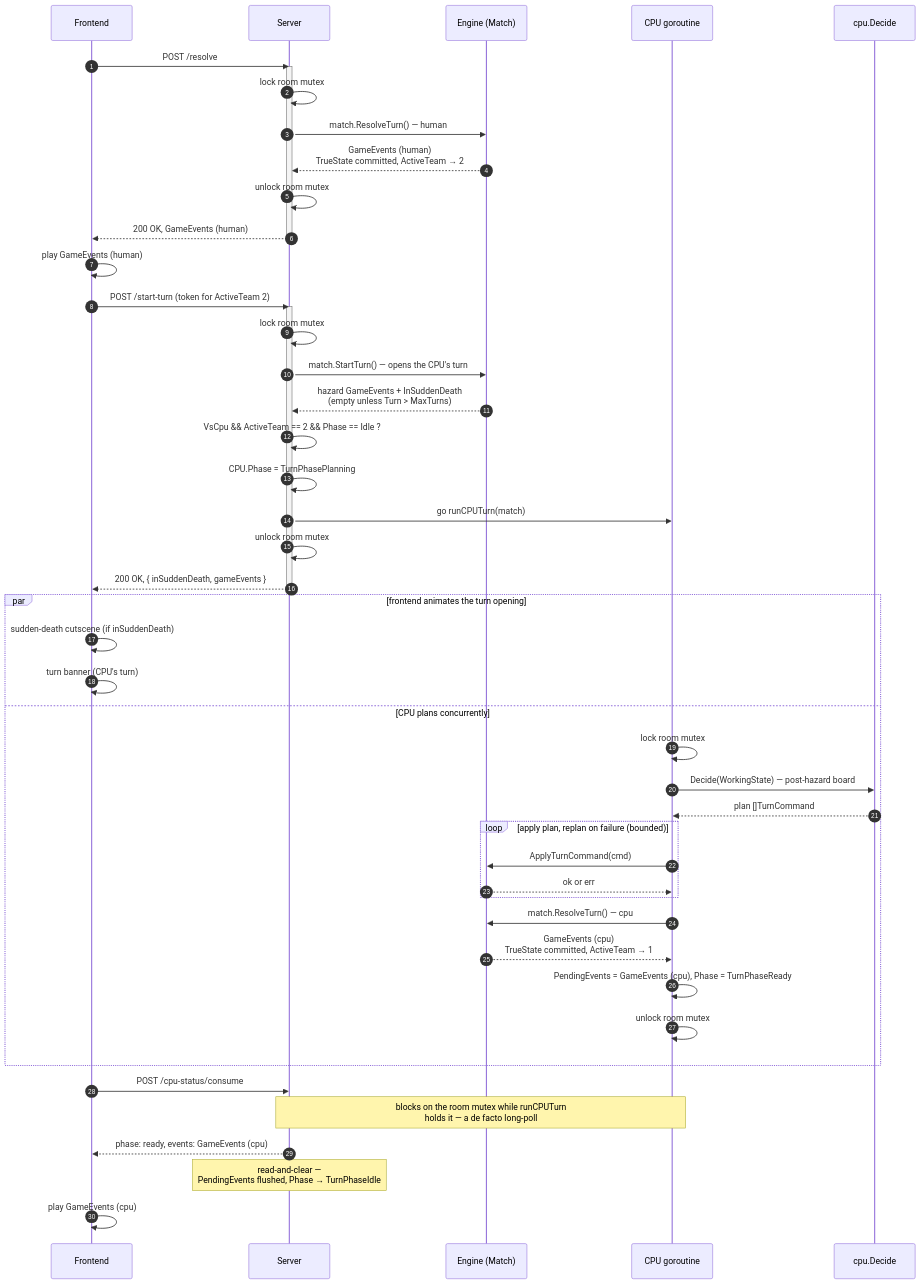
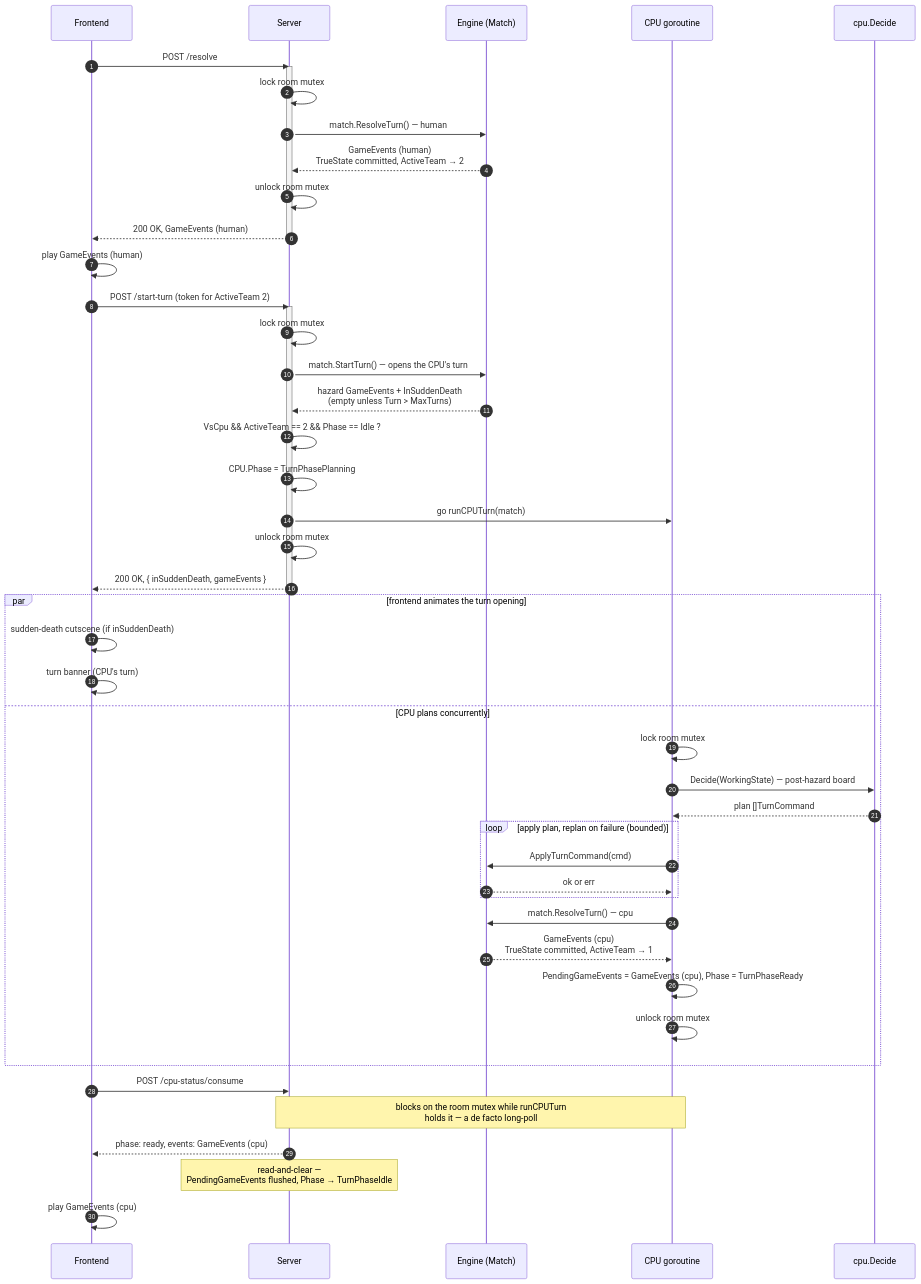
One commit to oscarhkli/bomb-srpg changed the first of 2 diagrams in docs/diagrams/vs-cpu-turn-sequence.md. Above: the diagram before and after it, drawn with Mermaid. The commit also changed other lines of this file and 6 other files, not shown here.

````diff
--- a/docs/diagrams/vs-cpu-turn-sequence.md
+++ b/docs/diagrams/vs-cpu-turn-sequence.md
@@ -5,54 +5,54 @@
 ```mermaid
 sequenceDiagram
     autonumber
     participant FE as Frontend
     participant SV as Server
     participant EN as Engine (Match)
     participant GO as CPU goroutine
     participant CP as cpu.Decide
 
     FE->>SV: POST /resolve
     activate SV
     SV->>SV: lock room mutex
     SV->>EN: match.ResolveTurn()  — human
     EN-->>SV: GameEvents (human)<br/>TrueState committed, ActiveTeam → 2
     SV->>SV: unlock room mutex
     SV-->>FE: 200 OK, GameEvents (human)
     deactivate SV
     FE->>FE: play GameEvents (human)
 
     FE->>SV: POST /start-turn  (token for ActiveTeam 2)
     activate SV
     SV->>SV: lock room mutex
     SV->>EN: match.StartTurn()  — opens the CPU's turn
     EN-->>SV: hazard GameEvents + InSuddenDeath<br/>(empty unless Turn > MaxTurns)
     SV->>SV: VsCpu && ActiveTeam == 2 && Phase == Idle ?
     SV->>SV: CPU.Phase = TurnPhasePlanning
     SV->>GO: go runCPUTurn(match)
     SV->>SV: unlock room mutex
     SV-->>FE: 200 OK, { inSuddenDeath, gameEvents }
     deactivate SV
 
     par frontend animates the turn opening
         FE->>FE: sudden-death cutscene (if inSuddenDeath)
         FE->>FE: turn banner (CPU's turn)
     and CPU plans concurrently
         GO->>GO: lock room mutex
         GO->>CP: Decide(WorkingState)  — post-hazard board
         CP-->>GO: plan []TurnCommand
         loop apply plan, replan on failure (bounded)
             GO->>EN: ApplyTurnCommand(cmd)
             EN-->>GO: ok or err
         end
         GO->>EN: match.ResolveTurn()  — cpu
         EN-->>GO: GameEvents (cpu)<br/>TrueState committed, ActiveTeam → 1
-        GO->>GO: PendingEvents = GameEvents (cpu), Phase = TurnPhaseReady
+        GO->>GO: PendingGameEvents = GameEvents (cpu), Phase = TurnPhaseReady
         GO->>GO: unlock room mutex
     end
 
     FE->>SV: POST /cpu-status/consume
     Note over SV,GO: blocks on the room mutex while runCPUTurn<br/>holds it — a de facto long-poll
     SV-->>FE: phase: ready, events: GameEvents (cpu)
-    Note over SV: read-and-clear —<br/>PendingEvents flushed, Phase → TurnPhaseIdle
+    Note over SV: read-and-clear —<br/>PendingGameEvents flushed, Phase → TurnPhaseIdle
     FE->>FE: play GameEvents (cpu)
 ```
````
